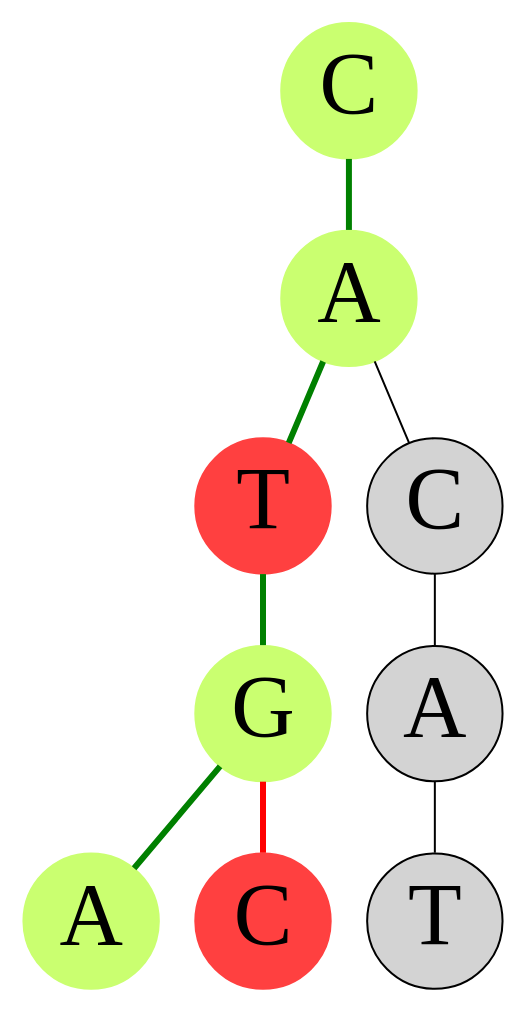
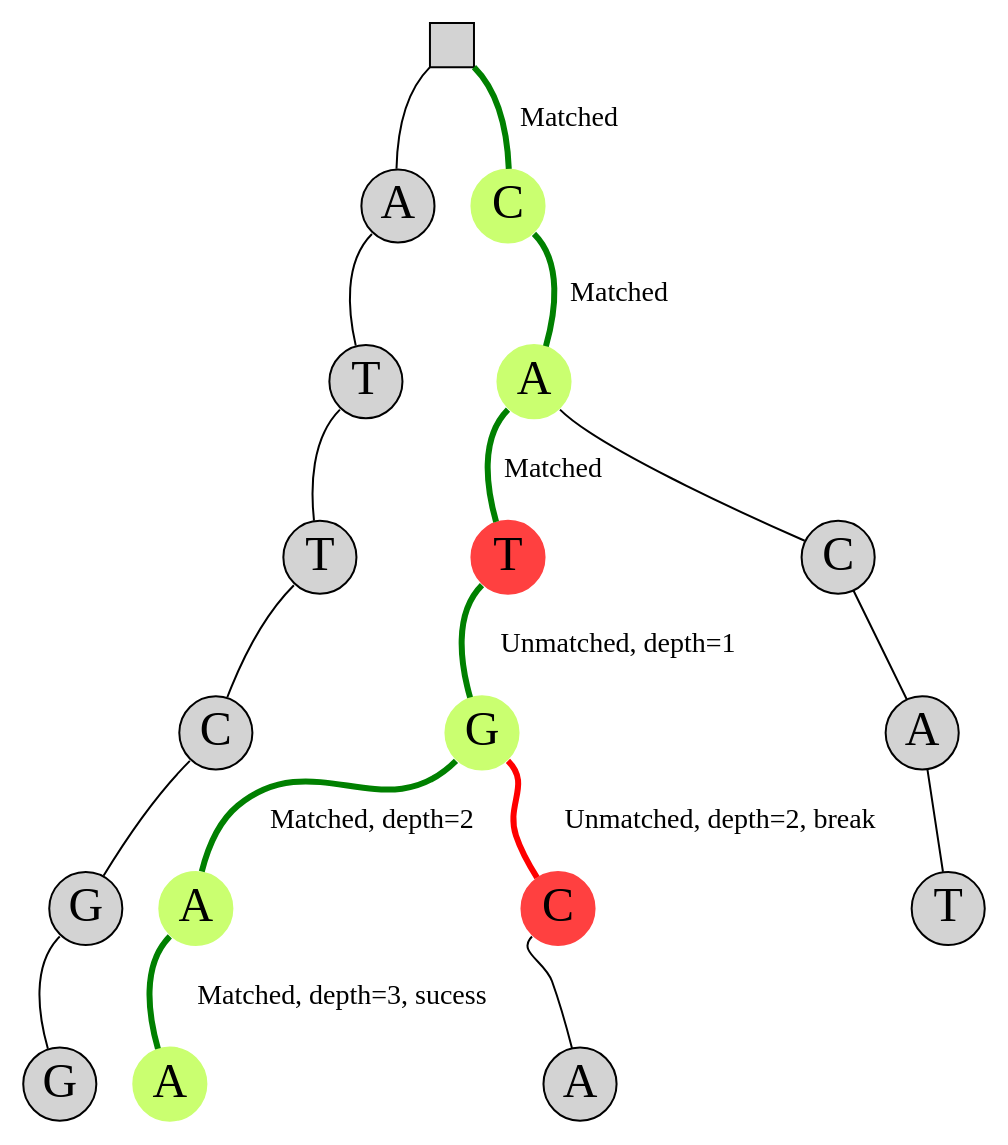
The diagram in tools/TreeGraph.DOT (youjunl/DNA-Tree-based-Clustering), drawn with Graphviz before and after one commit.

```diff
--- a/tools/TreeGraph.DOT
+++ b/tools/TreeGraph.DOT
@@ -1,29 +1,55 @@
-
 // Example tree
 /*
 CATGC
 CACAT
 CATGA
+ATTAC
 */
 graph ""
 {
-node [margin=0 fontcolor=black fontsize=44 width=0.3 shape=circle style=filled]
-   n002 ;
-   n002 [label="C"] [color=darkolivegreen1];
-   n002 -- n003 [color=green, penwidth=3.0];
-   n003 [label="A"] [color=darkolivegreen1];
-   n003 -- n004 [color=green, penwidth=3.0];
-   n004 [label="T"] [color=brown1] ;
-   n003 -- n005 ;
-   n005 [label="C"] ;
-   n004 -- n006 [color=green, penwidth=3.0];
-   n006 [label="G"] [color=darkolivegreen1];
-   n006 -- n007 [color=green, penwidth=3.0];
-   n007 [label="A"] [color=darkolivegreen1];
-   n006 -- n008 [color=red, penwidth=3.0];
-   n008 [label="C"] [color=brown1];
-   n005 -- n009 ;
-   n009 [label="A"] ;
-   n009 -- n010 ;
-   n010 [label="T"] ;
+node [margin=0;
+    fontcolor=black;
+    fontsize=24;
+    width=0.3;
+    shape=circle; 
+    style=filled;
+    ];
+   root;
+   root [label=""] [shape = square];
+   n11 [label="A"]
+   root:sw--n11;
+   n12 [label="T"]
+   n11:sw--n12;
+   n13 [label="T"]
+   n12:sw--n13;
+   n14 [label="C"]
+   n13:sw--n14 ;
+   n15 [label="G"]
+   n14:sw--n15
+   n16 [label="G"]
+   n15:sw--n16
+   root:se -- n2 [color=green, penwidth=3.0 label="Matched"];
+   n2 ;
+   n2 [label="C"] [color=darkolivegreen1];
+   n2:se -- n3 [color=green, penwidth=3.0 label="Matched"];
+   n3 [label="A"] [color=darkolivegreen1];
+   n3:sw-- n4 [color=green, penwidth=3.0 label="Matched"];
+   n4 [label="T"] [color=brown1] ;
+   n3:se -- n5 ;
+   n5 [label="C"] ;
+   n4:sw -- n6 [color=green, penwidth=3.0 label="Unmatched, depth=1"];
+   n6 [label="G"] [color=darkolivegreen1 ];
+   n6:sw -- n7 [color=green, penwidth=3.0 label="Matched, depth=2"];
+   n7 [label="A"] [color=darkolivegreen1];
+   n7:sw -- n18 [color=green, penwidth=3.0 label="Matched, depth=3, sucess"];
+   n18 [label="A"] [color=darkolivegreen1];
+   n6:se -- n8 [color=red, penwidth=3.0 label="Unmatched, depth=2, break"];
+   n8 [label="C"] [color=brown1];
+   n8:sw -- n17 ;
+   n17 [label="A"]
+   n8 [label="C"] [color=brown1];
+   n5 -- n9 ;
+   n9 [label="A"] ;
+   n10 [label="T"];
+   n9 -- n10 ;
 }
```
